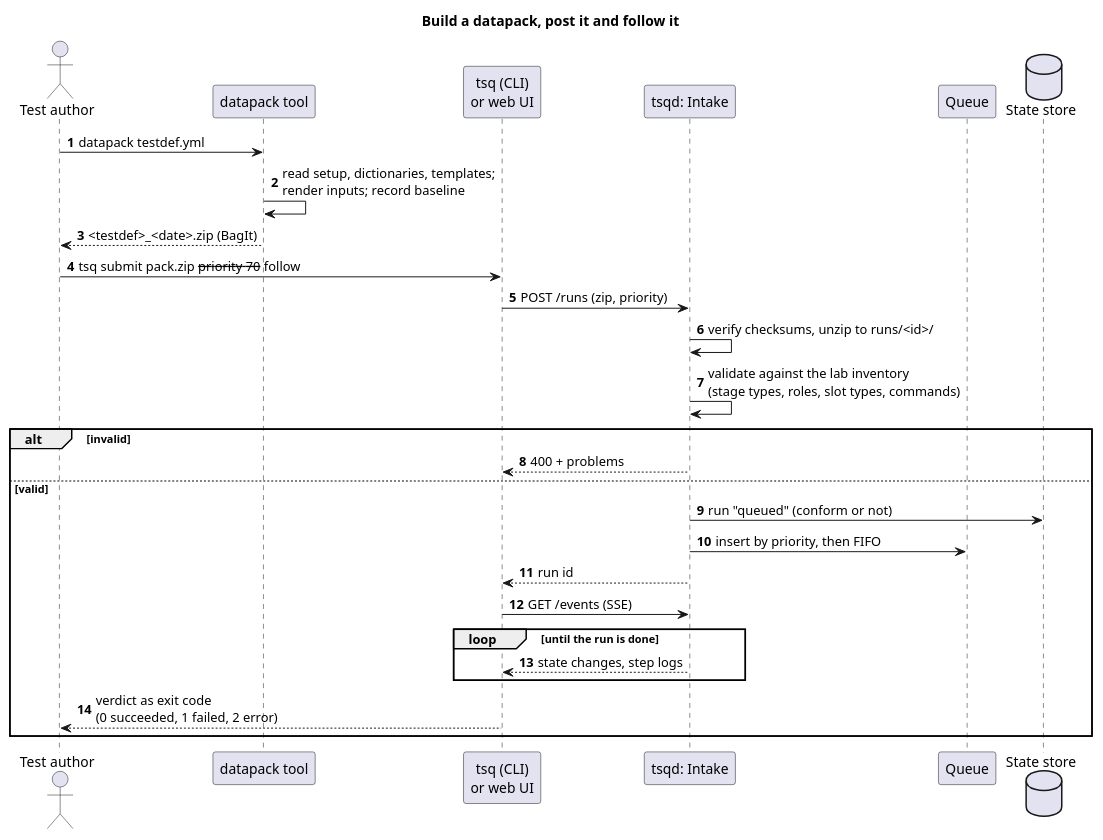
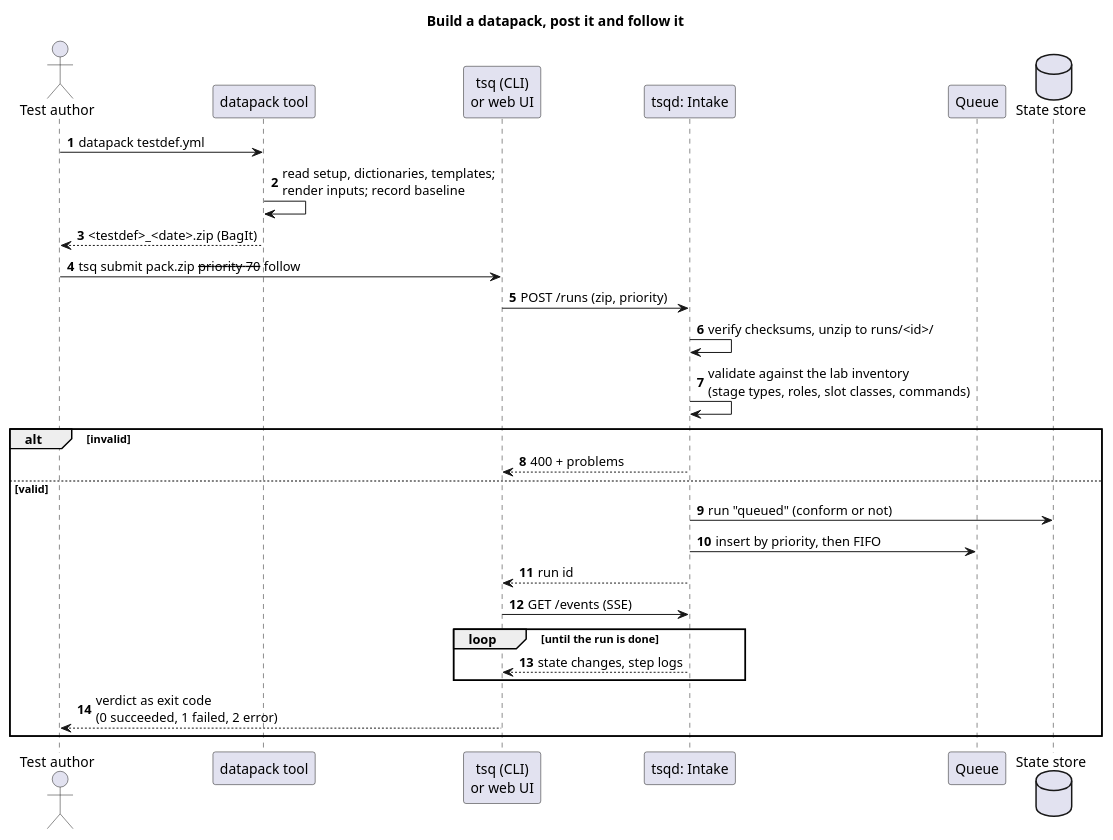
Before and after one commit to laurentmldev/testsuit: the diagram in docs/diagrams/seq_submit.puml, drawn with PlantUML. The commit also changed 43 other files, not shown here.

First line of the commit message:
Component models become component classes, slot types slot classes

```diff
--- a/docs/diagrams/seq_submit.puml
+++ b/docs/diagrams/seq_submit.puml
@@ -1,33 +1,33 @@
 @startuml seq_submit
 title Build a datapack, post it and follow it
 skinparam shadowing false
 skinparam defaultFontName Helvetica
 autonumber
 
 actor "Test author" as user
 participant "datapack tool" as dp
 participant "tsq (CLI)\nor web UI" as cli
 participant "tsqd: Intake" as intake
 participant "Queue" as queue
 database "State store" as store
 
 user -> dp : datapack testdef.yml
 dp -> dp : read setup, dictionaries, templates;\nrender inputs; record baseline
 dp --> user : <testdef>_<date>.zip (BagIt)
 user -> cli : tsq submit pack.zip --priority 70 --follow
 cli -> intake : POST /runs (zip, priority)
 intake -> intake : verify checksums, unzip to runs/<id>/
-intake -> intake : validate against the lab inventory\n(stage types, roles, slot types, commands)
+intake -> intake : validate against the lab inventory\n(stage types, roles, slot classes, commands)
 alt invalid
   intake --> cli : 400 + problems
 else valid
   intake -> store : run "queued" (conform or not)
   intake -> queue : insert by priority, then FIFO
   intake --> cli : run id
   cli -> intake : GET /events (SSE)
   loop until the run is done
     intake --> cli : state changes, step logs
   end
   cli --> user : verdict as exit code\n(0 succeeded, 1 failed, 2 error)
 end
 @enduml
```
